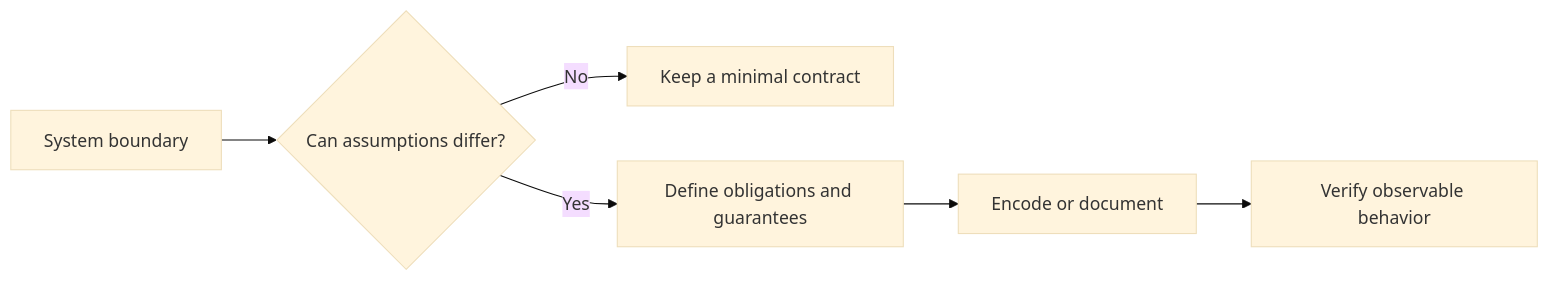
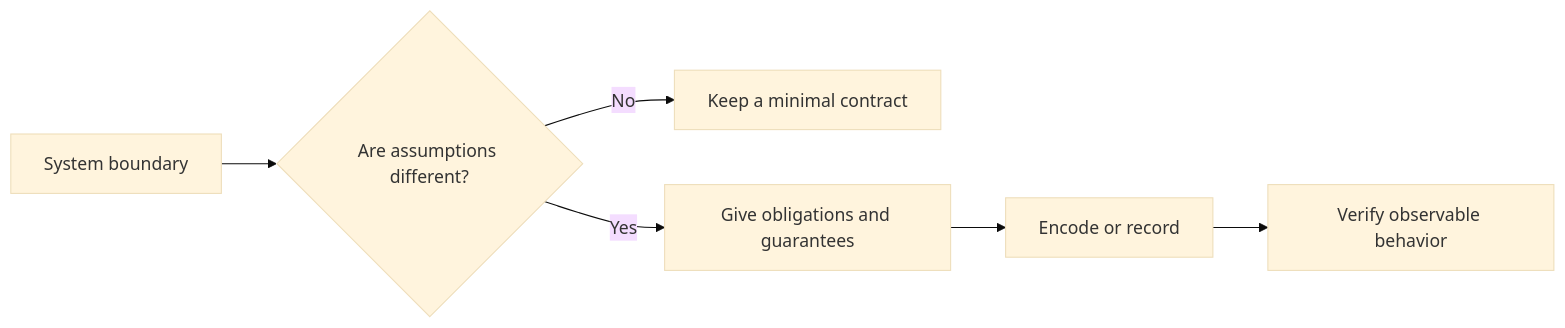
Before and after one commit to HomericIntelligence/Athena: the diagram in docs/principles/details/p019-explicit-contracts.md, drawn with Mermaid (base theme). The commit also changed other lines of this file and 91 other files, not shown here.

````diff
--- a/docs/principles/details/p019-explicit-contracts.md
+++ b/docs/principles/details/p019-explicit-contracts.md
@@ -37,8 +37,8 @@
 ```mermaid
 flowchart LR
-    Boundary["System boundary"] --> Ambiguity{"Can assumptions differ?"}
+    Boundary["System boundary"] --> Ambiguity{"Are assumptions different?"}
     Ambiguity -->|No| Minimal["Keep a minimal contract"]
-    Ambiguity -->|Yes| Define["Define obligations and guarantees"]
-    Define --> Encode["Encode or document"]
+    Ambiguity -->|Yes| Define["Give obligations and guarantees"]
+    Define --> Encode["Encode or record"]
     Encode --> Verify["Verify observable behavior"]
 ```
````
